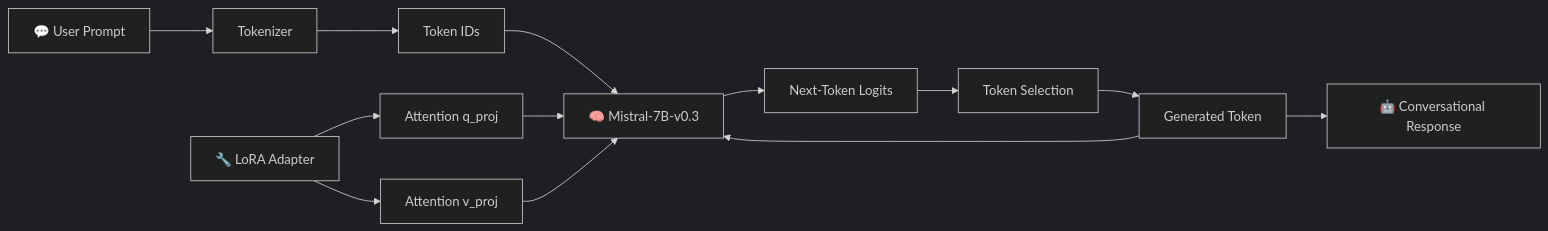
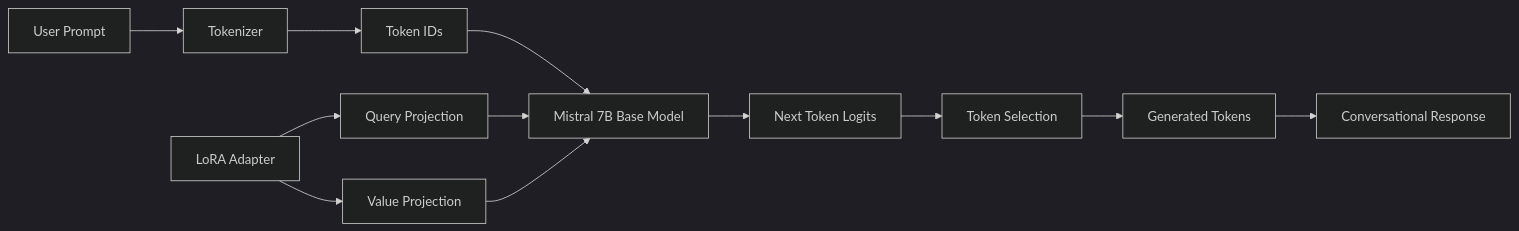
The first of 2 diagrams in README.md (Trevon-Woods-AI-Portfolio/LoRA-SFT-conversational-ai-7B), drawn with Mermaid (dark theme) before and after one commit.

````diff
--- a/README.md
+++ b/README.md
@@ -93,19 +93,17 @@
 ```mermaid
 flowchart LR
-    A["💬 User Prompt"] --> B["Tokenizer"]
+    A["User Prompt"] --> B["Tokenizer"]
     B --> C["Token IDs"]
-    C --> D["🧠 Mistral-7B-v0.3"]
+    C --> D["Mistral 7B Base Model"]
 
-    E["🔧 LoRA Adapter"] --> F["Attention q_proj"]
-    E --> G["Attention v_proj"]
+    E["LoRA Adapter"] --> F["Query Projection"]
+    E --> G["Value Projection"]
 
     F --> D
     G --> D
 
-    D --> H["Next-Token Logits"]
+    D --> H["Next Token Logits"]
     H --> I["Token Selection"]
-    I --> J["Generated Token"]
-    J --> D
-
-    J --> K["🤖 Conversational Response"]
+    I --> J["Generated Tokens"]
+    J --> K["Conversational Response"]
 ```
````
